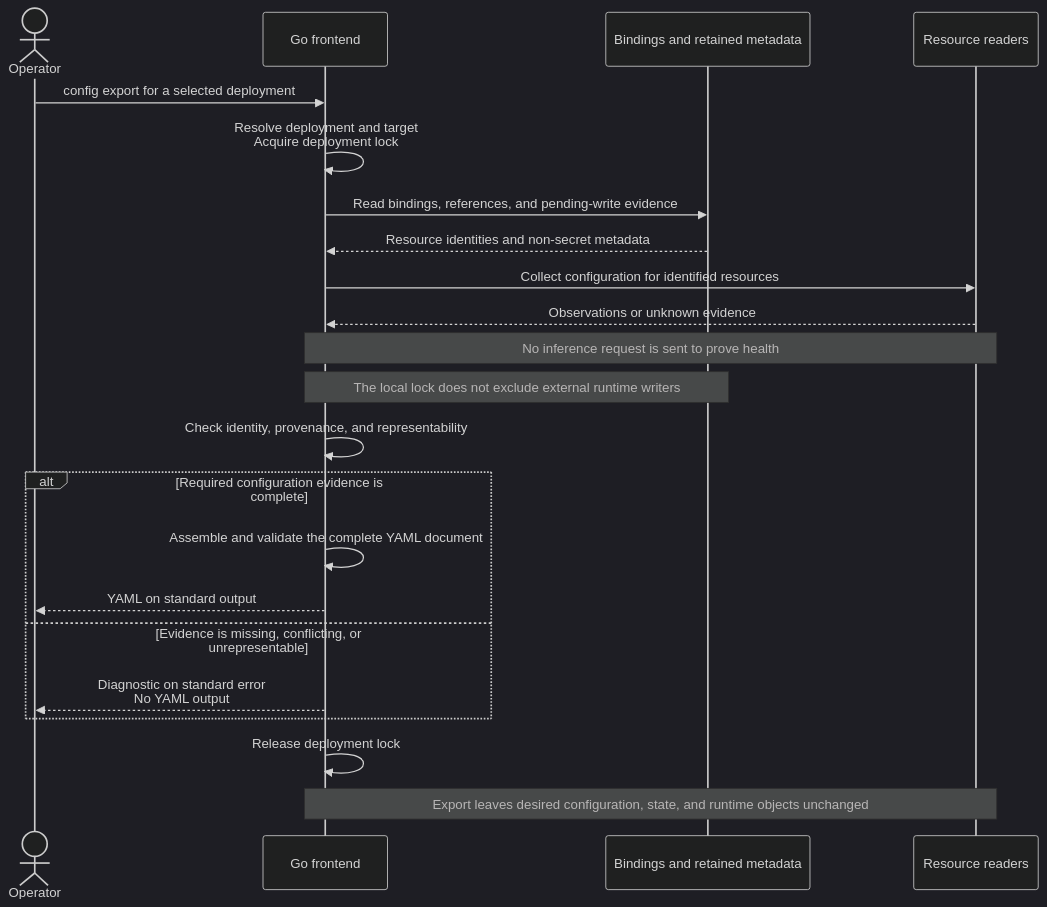
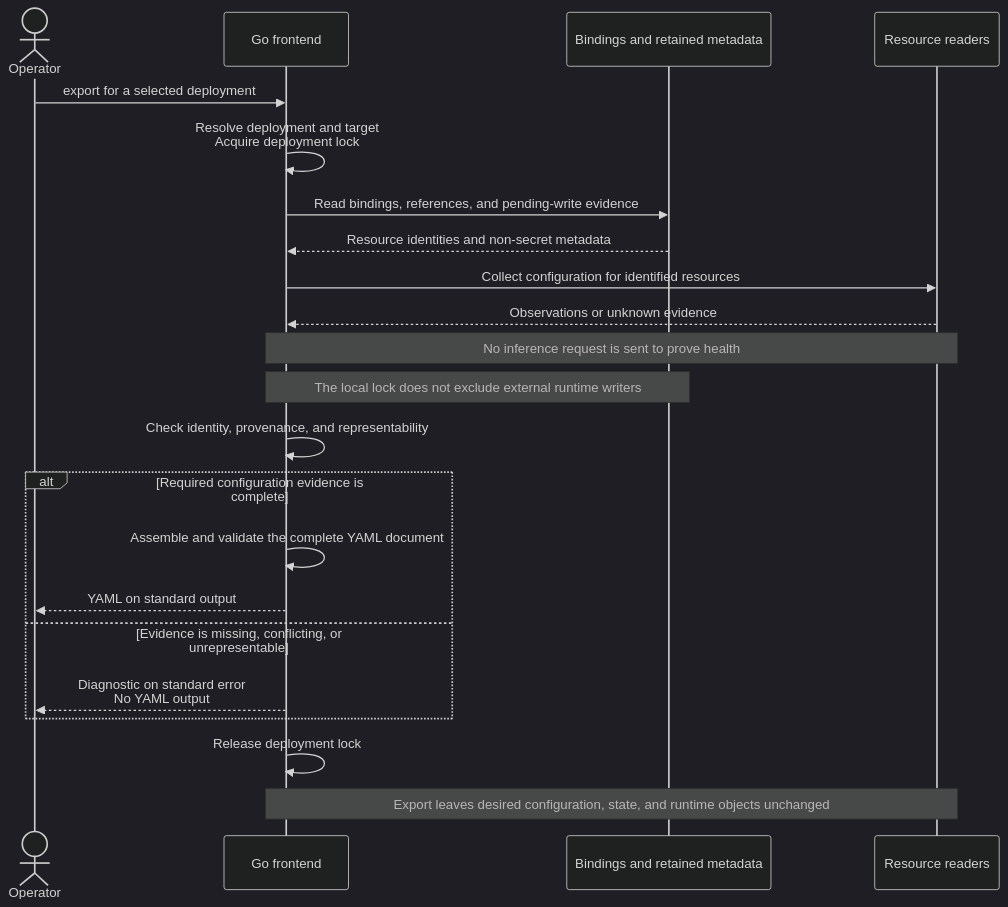
One commit to NVIDIA/NemoClaw changed the third of 3 diagrams in RFC-desired-state.md. Above: the diagram before and after it, drawn with Mermaid (dark theme). The commit also changed other lines of this file and 5 other files, not shown here.

````diff
--- a/RFC-desired-state.md
+++ b/RFC-desired-state.md
@@ -284,25 +284,25 @@
 ```mermaid
 sequenceDiagram
     actor Operator
     participant CLI as Go frontend
     participant State as Bindings and retained metadata
     participant Readers as Resource readers
 
-    Operator->>CLI: config export for a selected deployment
+    Operator->>CLI: export for a selected deployment
     CLI->>CLI: Resolve deployment and target<br/>Acquire deployment lock
     CLI->>State: Read bindings, references, and pending-write evidence
     State-->>CLI: Resource identities and non-secret metadata
     CLI->>Readers: Collect configuration for identified resources
     Readers-->>CLI: Observations or unknown evidence
     Note over CLI,Readers: No inference request is sent to prove health
     Note over CLI,State: The local lock does not exclude external runtime writers
     CLI->>CLI: Check identity, provenance, and representability
     alt Required configuration evidence is complete
         CLI->>CLI: Assemble and validate the complete YAML document
         CLI-->>Operator: YAML on standard output
     else Evidence is missing, conflicting, or unrepresentable
         CLI-->>Operator: Diagnostic on standard error<br/>No YAML output
     end
     CLI->>CLI: Release deployment lock
     Note over CLI,Readers: Export leaves desired configuration, state, and runtime objects unchanged
 ```
````
